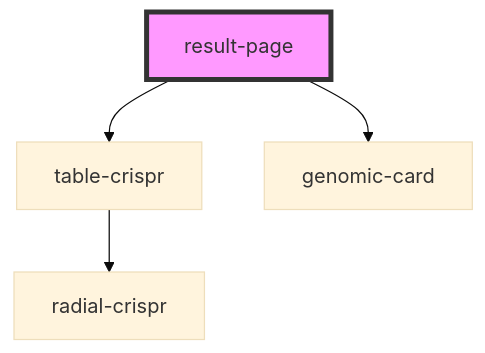
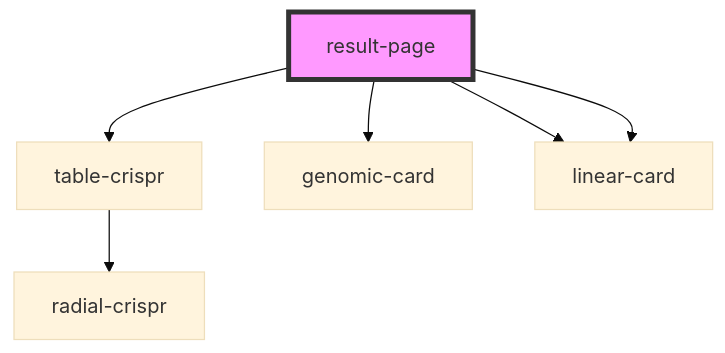
One commit to glaunay/result_page_crispr changed the diagram in src/components/my-component/readme.md. Above: the diagram before and after it, drawn with Mermaid (base theme). The commit also changed other lines of this file, not shown here.

````diff
--- a/src/components/my-component/readme.md
+++ b/src/components/my-component/readme.md
@@ -25,7 +28,9 @@
 ```mermaid
 graph TD;
   result-page --> table-crispr
   result-page --> genomic-card
+  result-page --> linear-card
+  result-page --> linear-card
   table-crispr --> radial-crispr
   style result-page fill:#f9f,stroke:#333,stroke-width:4px
 ```
````
